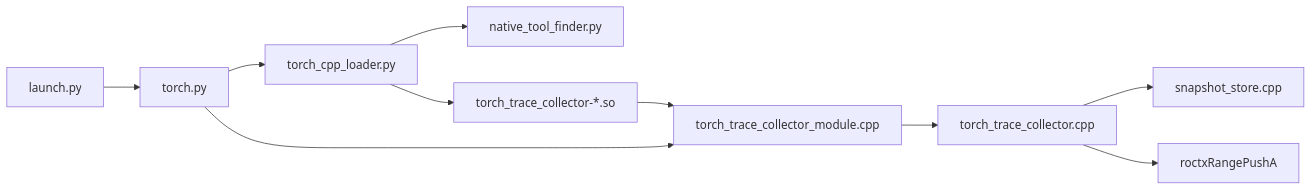
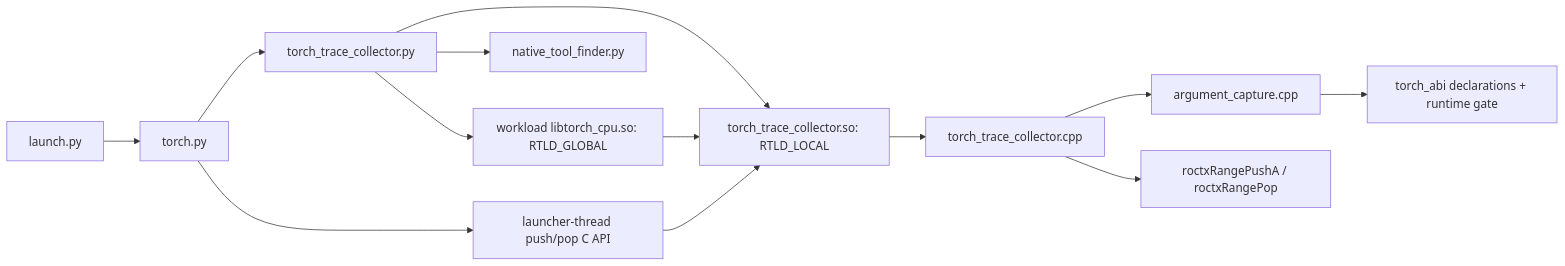
One commit to ROCm/rocm-systems changed the diagram in projects/rocprofiler-compute/docs/design/lld-torch-trace-collector.md. Above: the diagram before and after it, drawn with Mermaid. The commit also changed other lines of this file and 2 other files, not shown here.

Commit message:
[rocprofiler-compute] Document generic Torch collector

````diff
--- a/projects/rocprofiler-compute/docs/design/lld-torch-trace-collector.md
+++ b/projects/rocprofiler-compute/docs/design/lld-torch-trace-collector.md
@@ -11,12 +13,15 @@
 ```mermaid
 flowchart LR
   launch["launch.py"] --> torch["torch.py"]
-  torch --> loader["torch_cpp_loader.py"]
+  torch --> loader["torch_trace_collector.py"]
+  torch --> launcher["launcher-thread push/pop C API"]
   loader --> finder["native_tool_finder.py"]
-  loader --> so["torch_trace_collector-*.so"]
-  so --> module["torch_trace_collector_module.cpp"]
-  torch --> module
-  module --> core["torch_trace_collector.cpp"]
-  core --> snap["snapshot_store.cpp"]
-  core --> roctx["roctxRangePushA"]
+  loader --> cpu["workload libtorch_cpu.so: RTLD_GLOBAL"]
+  loader --> so["torch_trace_collector.so: RTLD_LOCAL"]
+  cpu --> so
+  launcher --> so
+  so --> callback["torch_trace_collector.cpp"]
+  callback --> capture["argument_capture.cpp"]
+  capture --> abi["torch_abi declarations + runtime gate"]
+  callback --> roctx["roctxRangePushA / roctxRangePop"]
 ```
````
